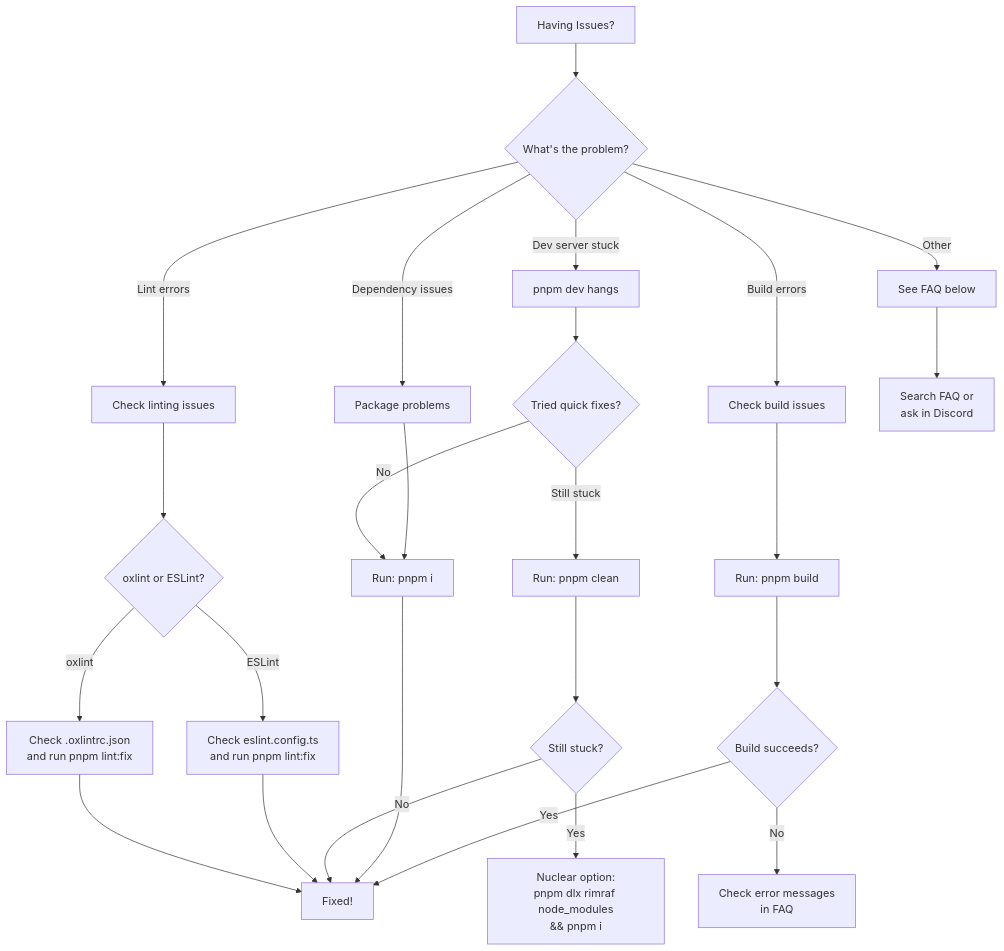
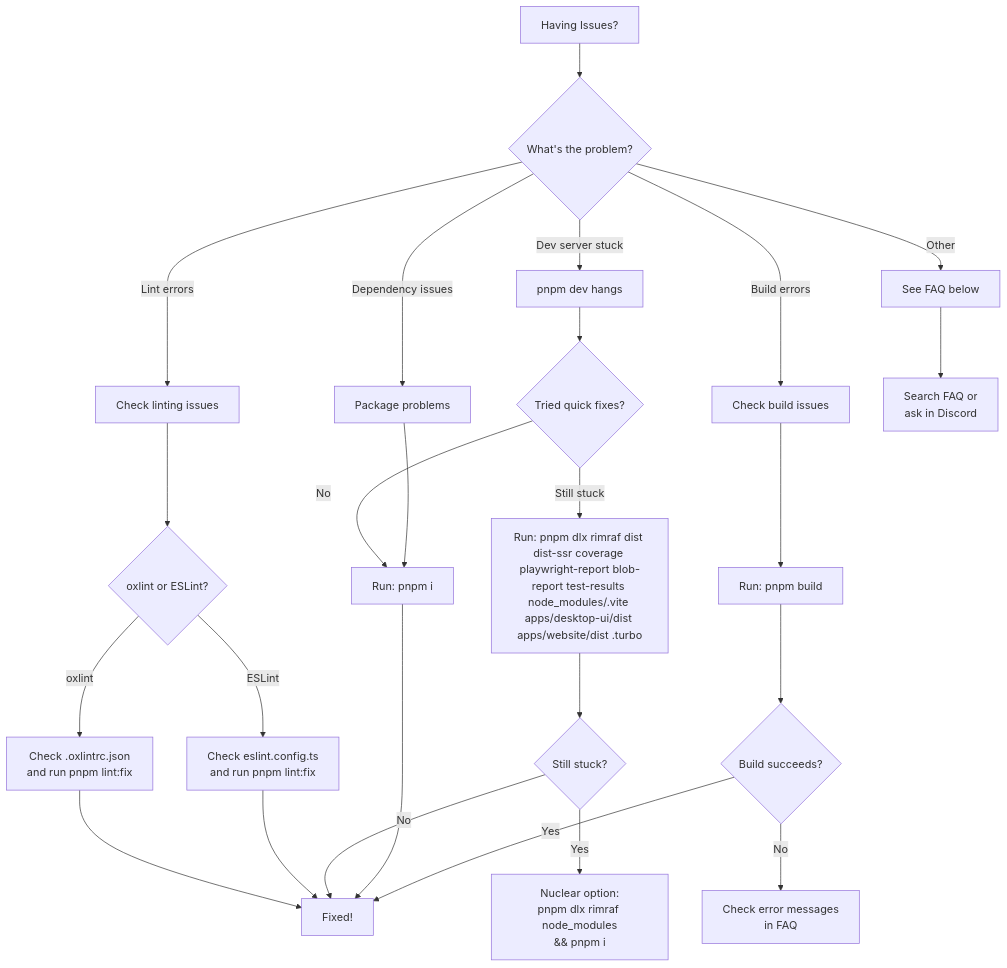
Before and after one commit to Comfy-Org/ComfyUI_frontend: the diagram in TROUBLESHOOTING.md, drawn with Mermaid. The commit also changed other lines of this file and 2 other files, not shown here.

Commit message:
chore: simplify desktop scripts and drop root clean script

````diff
--- a/TROUBLESHOOTING.md
+++ b/TROUBLESHOOTING.md
@@ -7,32 +7,32 @@
 ```mermaid
 flowchart TD
     A[Having Issues?] --> B{What's the problem?}
     B -->|Dev server stuck| C[pnpm dev hangs]
     B -->|Build errors| D[Check build issues]
     B -->|Lint errors| Q[Check linting issues]
     B -->|Dependency issues| E[Package problems]
     B -->|Other| F[See FAQ below]
 
     Q --> R{oxlint or ESLint?}
     R -->|oxlint| S[Check .oxlintrc.json<br/>and run pnpm lint:fix]
     R -->|ESLint| T[Check eslint.config.ts<br/>and run pnpm lint:fix]
     S --> L
     T --> L
 
     C --> G{Tried quick fixes?}
     G -->|No| H[Run: pnpm i]
-    G -->|Still stuck| I[Run: pnpm clean]
+    G -->|Still stuck| I[Run: pnpm dlx rimraf dist dist-ssr coverage playwright-report blob-report test-results node_modules/.vite apps/desktop-ui/dist apps/website/dist .turbo]
     I --> J{Still stuck?}
     J -->|Yes| K[Nuclear option:<br/>pnpm dlx rimraf node_modules<br/>&& pnpm i]
     J -->|No| L[Fixed!]
     H --> L
 
     D --> M[Run: pnpm build]
     M --> N{Build succeeds?}
     N -->|No| O[Check error messages<br/>in FAQ]
     N -->|Yes| L
 
     E --> H
 
     F --> P[Search FAQ or<br/>ask in Discord]
 ```
````
